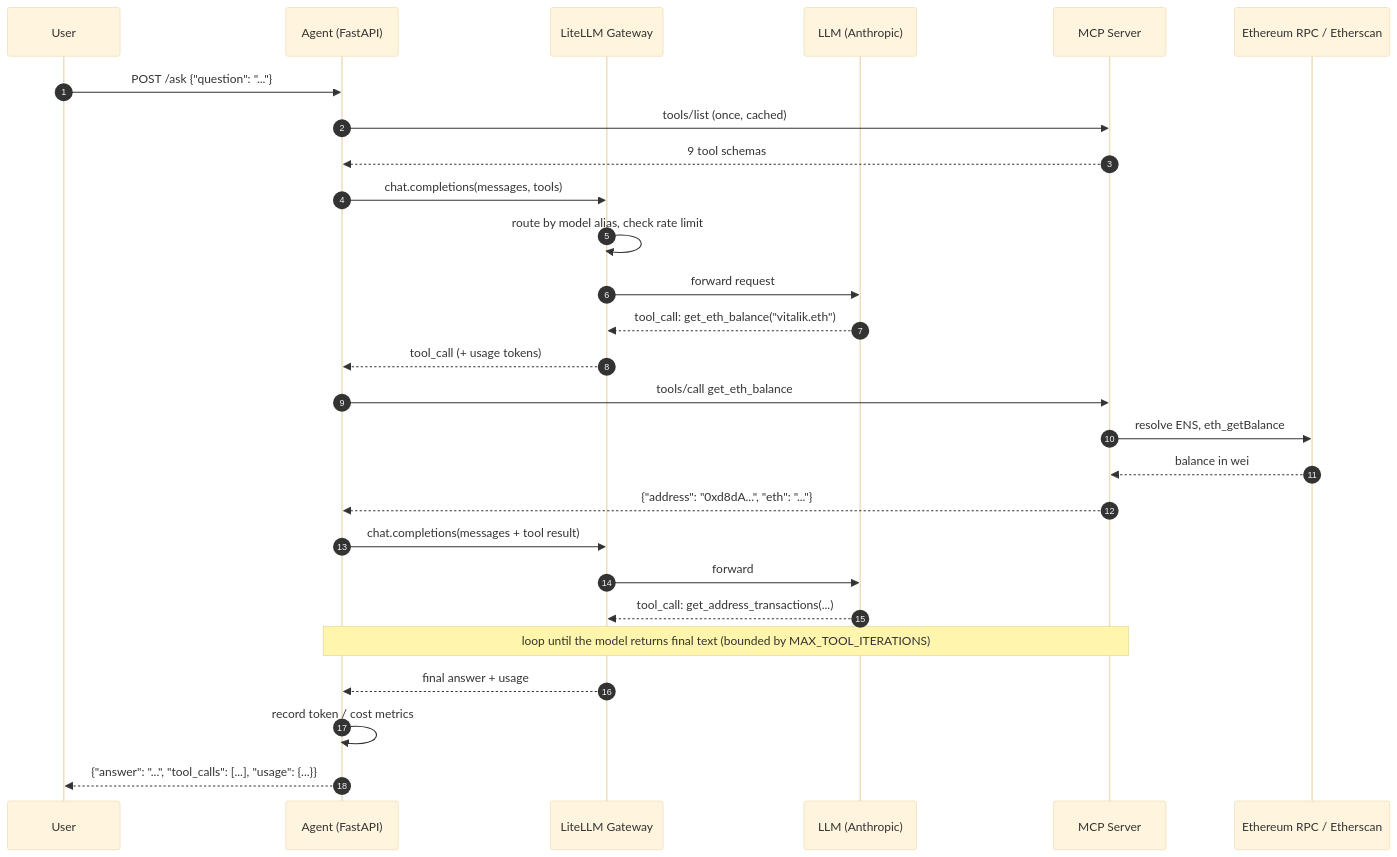
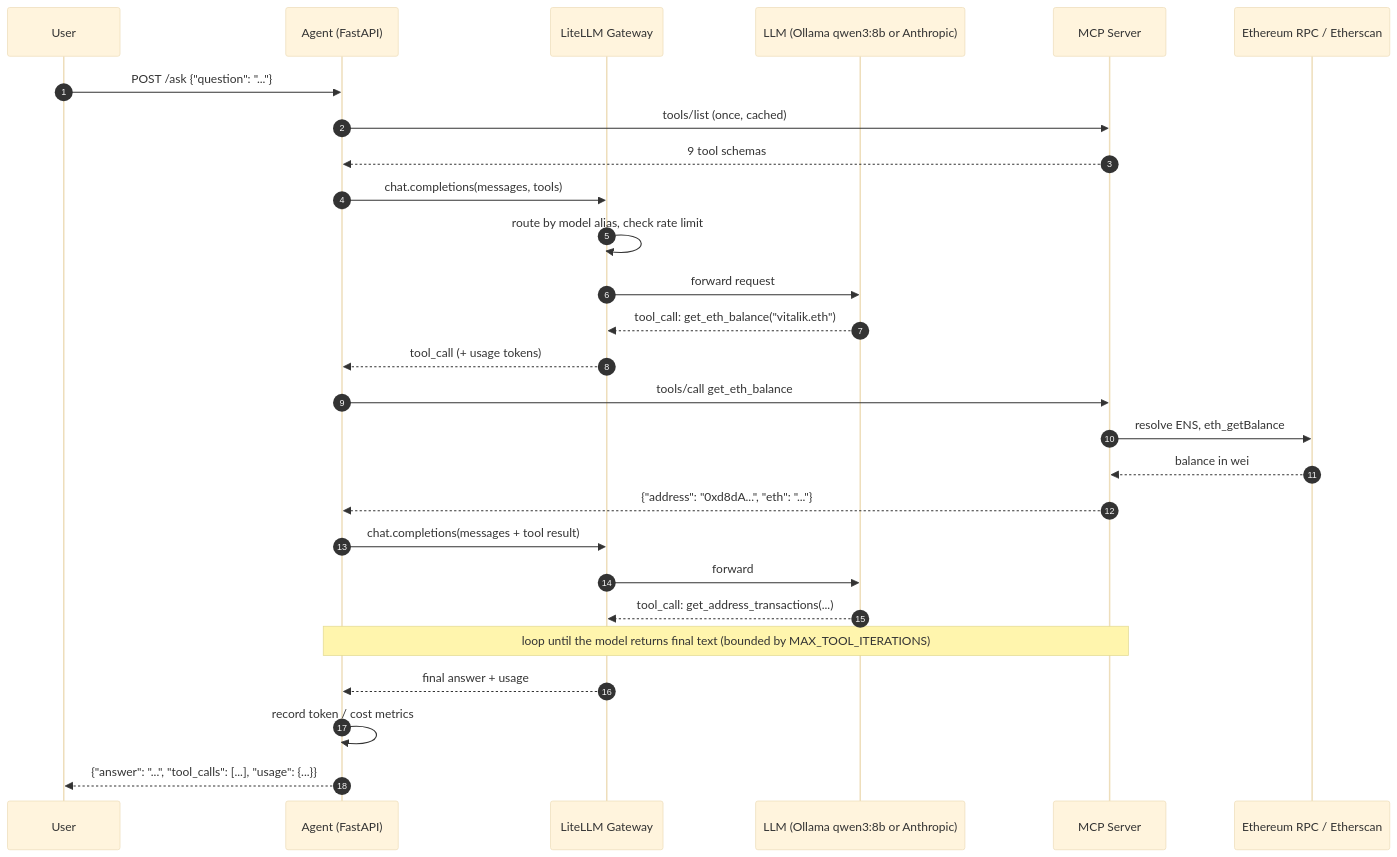
One commit to yunoim/onchain-agent-platform changed the second of 3 diagrams in docs/ARCHITECTURE.md. Above: the diagram before and after it, drawn with Mermaid (base theme). The commit also changed other lines of this file and 27 other files, not shown here.

````diff
--- a/docs/ARCHITECTURE.md
+++ b/docs/ARCHITECTURE.md
@@ -69,30 +70,30 @@
 ```mermaid
 sequenceDiagram
     autonumber
     participant U as User
     participant A as Agent (FastAPI)
     participant G as LiteLLM Gateway
-    participant L as LLM (Anthropic)
+    participant L as LLM (Ollama qwen3:8b or Anthropic)
     participant M as MCP Server
     participant E as Ethereum RPC / Etherscan
 
     U->>A: POST /ask {"question": "..."}
     A->>M: tools/list (once, cached)
     M-->>A: 9 tool schemas
     A->>G: chat.completions(messages, tools)
     G->>G: route by model alias, check rate limit
     G->>L: forward request
     L-->>G: tool_call: get_eth_balance("vitalik.eth")
     G-->>A: tool_call (+ usage tokens)
     A->>M: tools/call get_eth_balance
     M->>E: resolve ENS, eth_getBalance
     E-->>M: balance in wei
     M-->>A: {"address": "0xd8dA...", "eth": "..."}
     A->>G: chat.completions(messages + tool result)
     G->>L: forward
     L-->>G: tool_call: get_address_transactions(...)
     Note over A,M: loop until the model returns final text (bounded by MAX_TOOL_ITERATIONS)
     G-->>A: final answer + usage
     A->>A: record token / cost metrics
     A-->>U: {"answer": "...", "tool_calls": [...], "usage": {...}}
 ```
````
